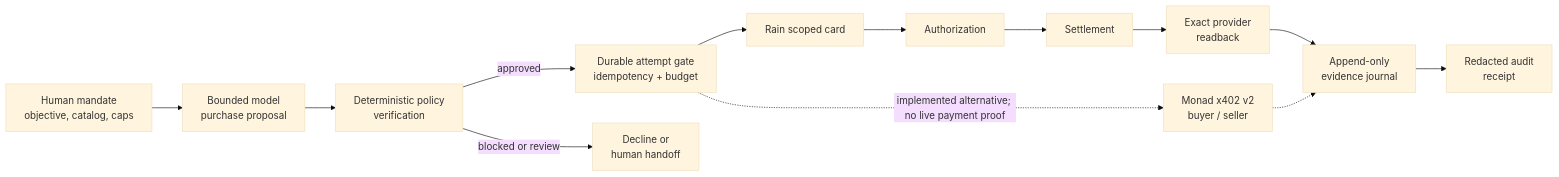
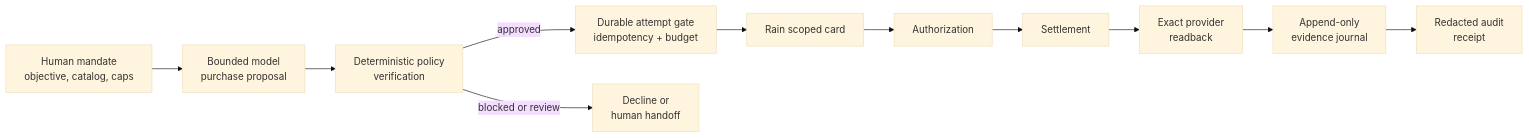
Before and after one commit to VJDiPaola/SpendForge: the diagram in README.md, drawn with Mermaid (base theme). The commit also changed other lines of this file and 16 other files, not shown here.

````diff
--- a/README.md
+++ b/README.md
@@ -63,15 +69,13 @@
 ```mermaid
 flowchart LR
     M["Human mandate<br/>objective, catalog, caps"] --> D["Bounded model<br/>purchase proposal"]
     D --> P["Deterministic policy<br/>verification"]
     P -->|approved| G["Durable attempt gate<br/>idempotency + budget"]
     P -->|blocked or review| H["Decline or<br/>human handoff"]
     G --> C["Rain scoped card"]
     C --> A["Authorization"]
     A --> S["Settlement"]
     S --> R["Exact provider<br/>readback"]
     R --> J["Append-only<br/>evidence journal"]
     J --> E["Redacted audit<br/>receipt"]
-    G -. "implemented alternative; no live payment proof" .-> X["Monad x402 v2<br/>buyer / seller"]
-    X -.-> J
 ```
````
